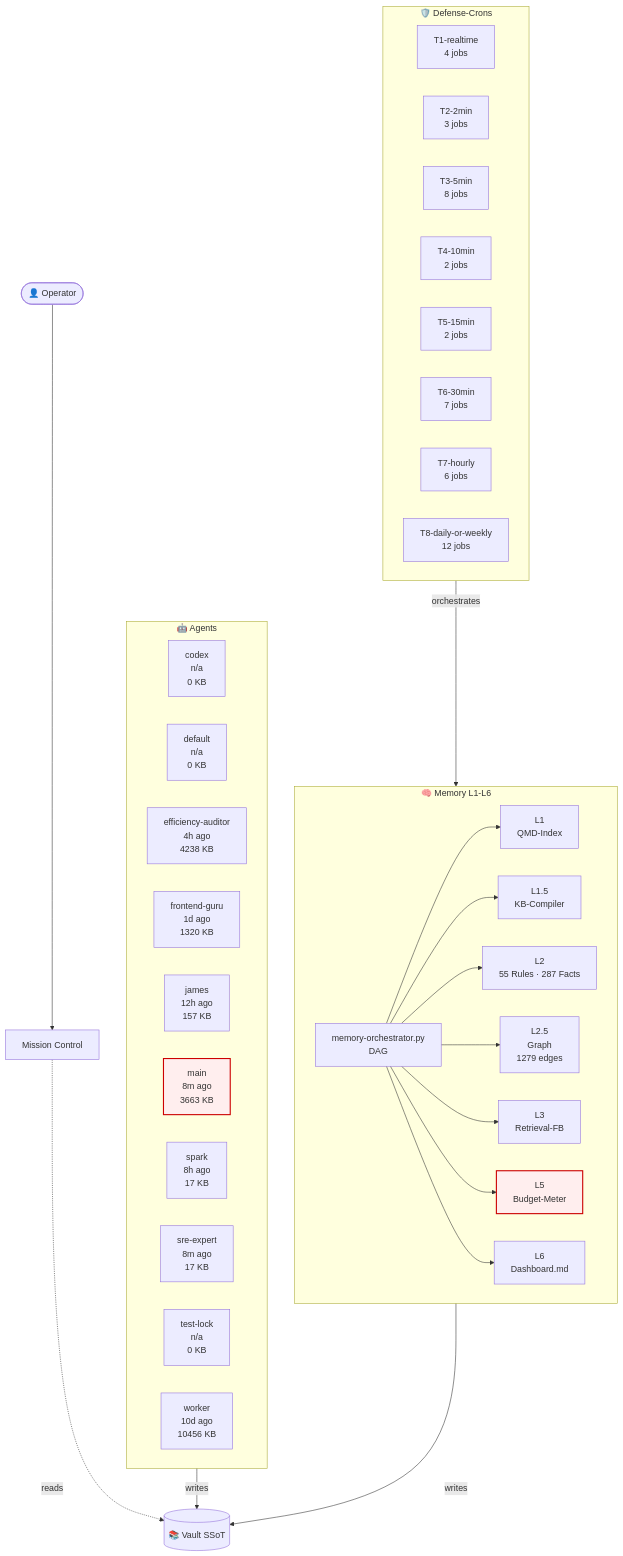
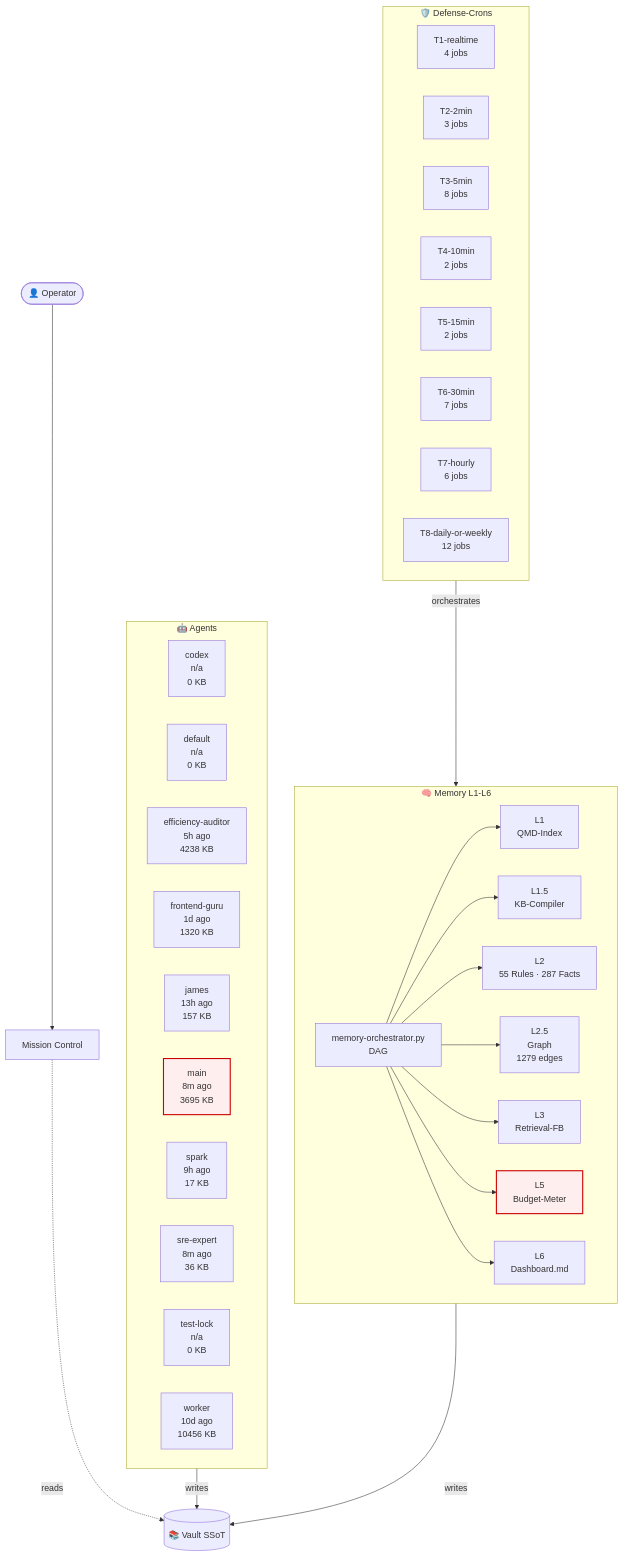
Before and after one commit to lenardhuebner88-rgb/openclaw-memory: the diagram in 03-Agents/architecture-live.md, drawn with Mermaid. The commit also changed other lines of this file and 12 other files, not shown here.

````diff
--- a/03-Agents/architecture-live.md
+++ b/03-Agents/architecture-live.md
@@ -18,53 +18,53 @@
 ```mermaid
 flowchart TB
     classDef critical fill:#fee,stroke:#c00,stroke-width:2px;
     subgraph AGT["🤖 Agents"]
         agent_codex["codex<br/>n/a<br/>0 KB"]
         agent_default["default<br/>n/a<br/>0 KB"]
-        agent_efficiency_auditor["efficiency-auditor<br/>4h ago<br/>4238 KB"]
+        agent_efficiency_auditor["efficiency-auditor<br/>5h ago<br/>4238 KB"]
         agent_frontend_guru["frontend-guru<br/>1d ago<br/>1320 KB"]
-        agent_james["james<br/>12h ago<br/>157 KB"]
-        agent_main["main<br/>8m ago<br/>3663 KB"]
-        agent_spark["spark<br/>8h ago<br/>17 KB"]
-        agent_sre_expert["sre-expert<br/>8m ago<br/>17 KB"]
+        agent_james["james<br/>13h ago<br/>157 KB"]
+        agent_main["main<br/>8m ago<br/>3695 KB"]
+        agent_spark["spark<br/>9h ago<br/>17 KB"]
+        agent_sre_expert["sre-expert<br/>8m ago<br/>36 KB"]
         agent_test_lock["test-lock<br/>n/a<br/>0 KB"]
         agent_worker["worker<br/>10d ago<br/>10456 KB"]
     end
     subgraph MEM["🧠 Memory L1-L6"]
         L1["L1<br/>QMD-Index"]
         L15["L1.5<br/>KB-Compiler"]
         L2["L2<br/>55 Rules · 287 Facts"]
         L25["L2.5<br/>Graph<br/>1279 edges"]
         L3["L3<br/>Retrieval-FB"]
         L5["L5<br/>Budget-Meter"]
         L6["L6<br/>Dashboard.md"]
         ORCH["memory-orchestrator.py<br/>DAG"]
     end
     subgraph CRN["🛡️ Defense-Crons"]
         tier_T1_realtime["T1-realtime<br/>4 jobs"]
         tier_T2_2min["T2-2min<br/>3 jobs"]
         tier_T3_5min["T3-5min<br/>8 jobs"]
         tier_T4_10min["T4-10min<br/>2 jobs"]
         tier_T5_15min["T5-15min<br/>2 jobs"]
         tier_T6_30min["T6-30min<br/>7 jobs"]
         tier_T7_hourly["T7-hourly<br/>6 jobs"]
         tier_T8_daily_or_weekly["T8-daily-or-weekly<br/>12 jobs"]
     end
     VAULT[("📚 Vault SSoT")]
     OP([👤 Operator])
     MC["Mission Control"]
     OP --> MC
     MC -.reads.-> VAULT
     AGT -->|writes| VAULT
     MEM -->|writes| VAULT
     ORCH --> L1
     ORCH --> L15
     ORCH --> L2
     ORCH --> L25
     ORCH --> L3
     ORCH --> L5
     ORCH --> L6
     CRN -->|orchestrates| MEM
     class L5 critical
     class agent_main critical
 ```
````
